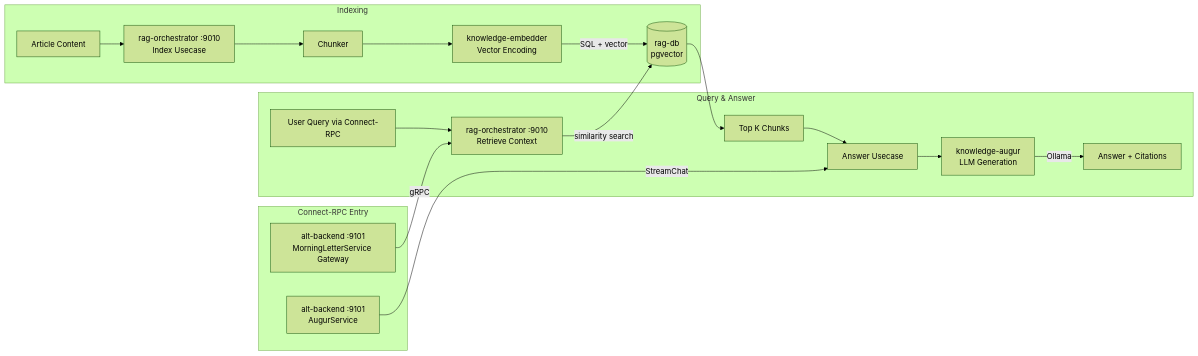
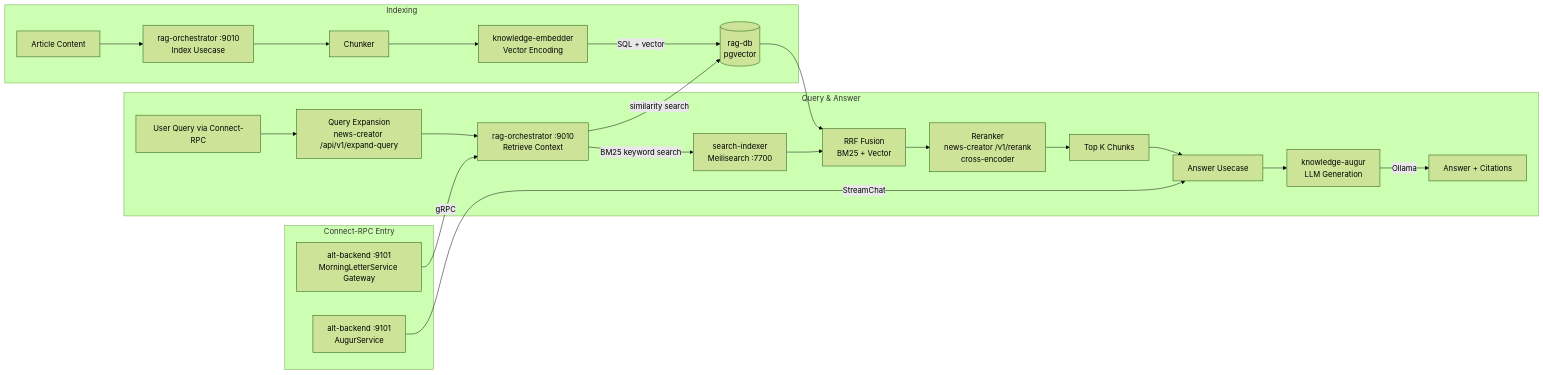
The seventh of 12 diagrams in README.md (Kaikei-e/Alt), drawn with Mermaid (forest theme) before and after one commit. The commit also changed other lines of this file, not shown here.

First line of the commit message:
docs(architecture): update README with new service components and flow adjustments

````diff
--- a/README.md
+++ b/README.md
@@ -545,21 +576,26 @@
 ```mermaid
 flowchart LR
     subgraph Indexing
         Article[Article Content] --> IndexUC[rag-orchestrator :9010<br/>Index Usecase]
         IndexUC --> Chunk[Chunker]
         Chunk --> Embed[knowledge-embedder<br/>Vector Encoding]
         Embed -->|SQL + vector| RagDB[(rag-db<br/>pgvector)]
     end
     subgraph "Query & Answer"
-        Query[User Query via Connect-RPC] --> Retrieve[rag-orchestrator :9010<br/>Retrieve Context]
+        Query[User Query via Connect-RPC] --> Expand[Query Expansion<br/>news-creator /api/v1/expand-query]
+        Expand --> Retrieve[rag-orchestrator :9010<br/>Retrieve Context]
         Retrieve -->|similarity search| RagDB
-        RagDB --> Context[Top K Chunks]
+        Retrieve -->|BM25 keyword search| SearchIdx[search-indexer<br/>Meilisearch :7700]
+        RagDB --> RRF[RRF Fusion<br/>BM25 + Vector]
+        SearchIdx --> RRF
+        RRF --> Rerank[Reranker<br/>news-creator /v1/rerank<br/>cross-encoder]
+        Rerank --> Context[Top K Chunks]
         Context --> Answer[Answer Usecase]
         Answer --> Augur[knowledge-augur<br/>LLM Generation]
         Augur -->|Ollama| Response[Answer + Citations]
     end
     subgraph "Connect-RPC Entry"
         AltBackend[alt-backend :9101<br/>MorningLetterService Gateway] -->|gRPC| Retrieve
         AltBackend2[alt-backend :9101<br/>AugurService] -->|StreamChat| Answer
     end
 ```
````
